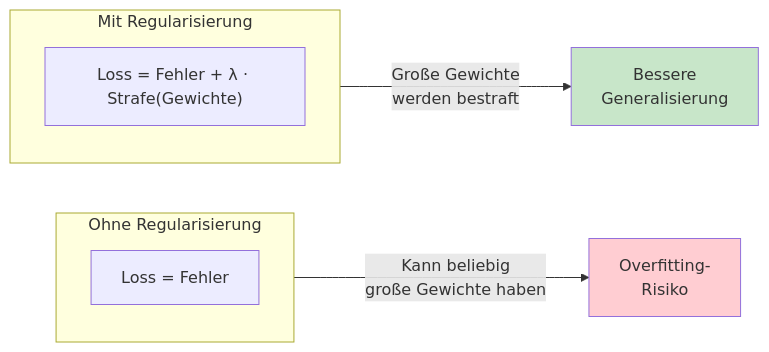
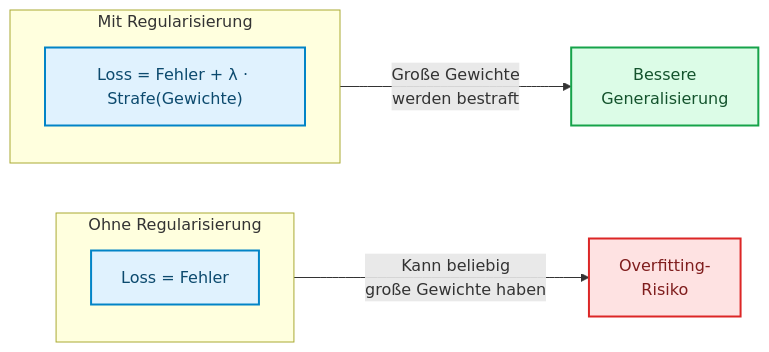
One commit to ralf-42/ML_Intro changed the first of 5 diagrams in docs/concepts/evaluate/regularisierung.md. Above: the diagram before and after it, drawn with Mermaid. The commit also changed other lines of this file and 67 other files, not shown here.

````diff
--- a/docs/concepts/evaluate/regularisierung.md
+++ b/docs/concepts/evaluate/regularisierung.md
@@ -31,16 +31,19 @@
 ```mermaid
 flowchart LR
     subgraph ohne["Ohne Regularisierung"]
         L1["Loss = Fehler"]
     end
     
     subgraph mit["Mit Regularisierung"]
         L2["Loss = Fehler + λ · Strafe(Gewichte)"]
     end
     
     ohne --> |"Kann beliebig<br/>große Gewichte haben"| O["Overfitting-<br/>Risiko"]
     mit --> |"Große Gewichte<br/>werden bestraft"| G["Bessere<br/>Generalisierung"]
-    
-    style O fill:#ffcdd2
-    style G fill:#c8e6c9
+
+    classDef default fill:#e0f2fe,stroke:#0284c7,stroke-width:2px,color:#0c4a6e;
+    classDef output fill:#dcfce7,stroke:#16a34a,stroke-width:2px,color:#14532d;
+    classDef stop fill:#fee2e2,stroke:#dc2626,stroke-width:2px,color:#7f1d1d;
+    class G output;
+    class O stop;
 ```
````
